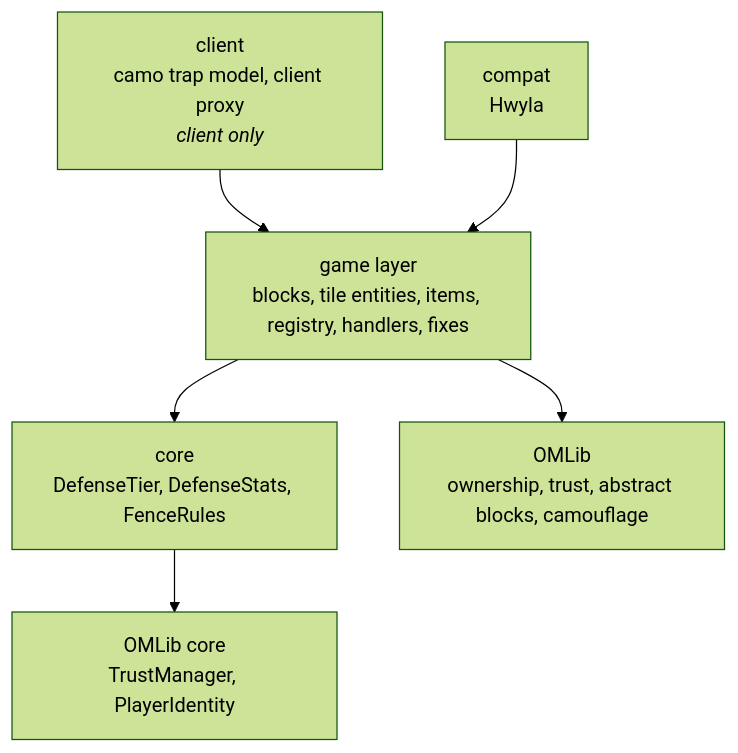
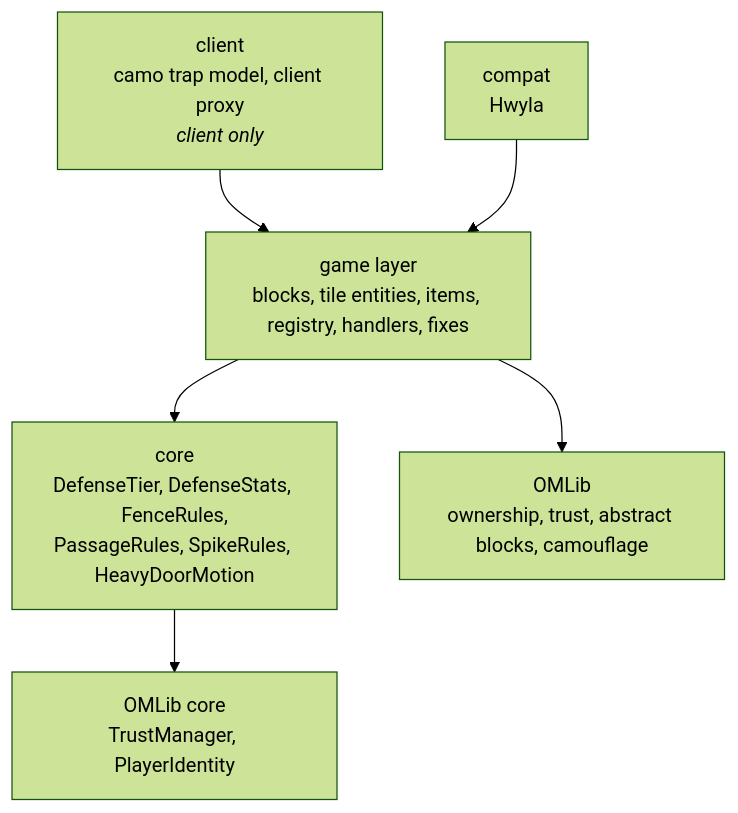
The diagram in docs/architecture.md (OpenModularTurretsTeam/OpenModularPassiveDefense), drawn with Mermaid (forest theme) before and after one commit. The commit also changed other lines of this file and 245 other files, not shown here.

````diff
--- a/docs/architecture.md
+++ b/docs/architecture.md
@@ -22,13 +22,13 @@
 ```mermaid
 flowchart TB
     client["client<br/>camo trap model, client proxy<br/><i>client only</i>"]
     game["game layer<br/>blocks, tile entities, items, registry, handlers, fixes"]
     compat["compat<br/>Hwyla"]
-    core["core<br/>DefenseTier, DefenseStats, FenceRules"]
+    core["core<br/>DefenseTier, DefenseStats, FenceRules,<br/>PassageRules, SpikeRules, HeavyDoorMotion"]
     omlib["OMLib<br/>ownership, trust, abstract blocks, camouflage"]
     client --> game
     compat --> game
     game --> core
     game --> omlib
     core --> omlibcore["OMLib core<br/>TrustManager, PlayerIdentity"]
 ```
````
